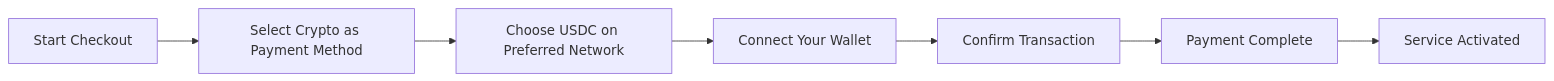
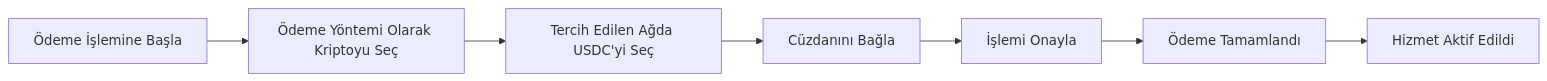
One commit to forwardemail/forwardemail.net changed the first of 3 diagrams in app/views/docs/crypto-payments-privacy-email-service/index-tr.md. Above: the diagram before and after it, drawn with Mermaid. The commit also changed other lines of this file and 1055 other files, not shown here.

````diff
--- a/app/views/docs/crypto-payments-privacy-email-service/index-tr.md
+++ b/app/views/docs/crypto-payments-privacy-email-service/index-tr.md
@@ -37,9 +41,9 @@
 ```mermaid
 flowchart LR
-    A[Start Checkout] --> B[Select Crypto as Payment Method]
-    B --> C[Choose USDC on Preferred Network]
-    C --> D[Connect Your Wallet]
-    D --> E[Confirm Transaction]
-    E --> F[Payment Complete]
-    F --> G[Service Activated]
+    A[Ödeme İşlemine Başla] --> B[Ödeme Yöntemi Olarak Kriptoyu Seç]
+    B --> C[Tercih Edilen Ağda USDC'yi Seç]
+    C --> D[Cüzdanını Bağla]
+    D --> E[İşlemi Onayla]
+    E --> F[Ödeme Tamamlandı]
+    F --> G[Hizmet Aktif Edildi]
 ```
````
